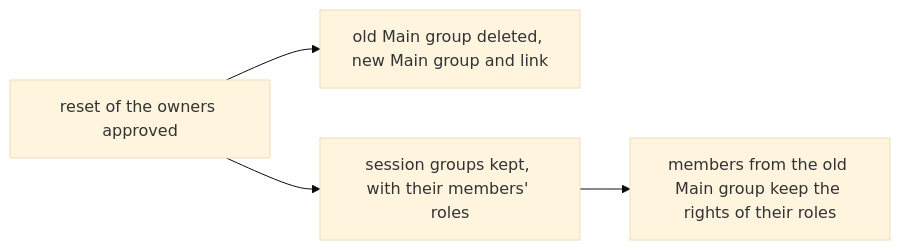
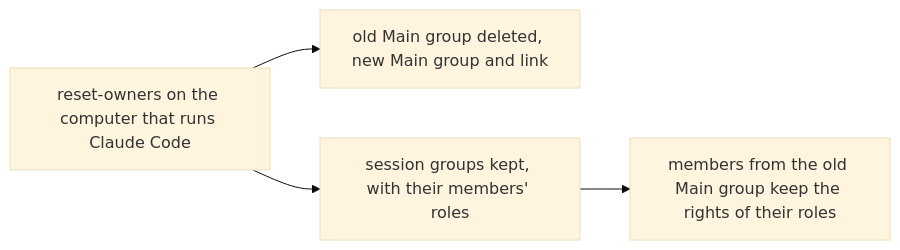
Before and after one commit to simplex-chat/simplex-chat: the eighth of 26 diagrams in plans/2026-11-07-mcp-claude-code-channel.md, drawn with Mermaid (base theme). The commit also changed other lines of this file, not shown here.

Commit message:
plan: decision 113 b, the user's answer: reset-owners needs no approval

````diff
--- a/plans/2026-11-07-mcp-claude-code-channel.md
+++ b/plans/2026-11-07-mcp-claude-code-channel.md
@@ -554,6 +556,6 @@
 ```mermaid
 flowchart LR
-  R[reset of the owners approved] --> M[old Main group deleted, new Main group and link]
+  R[reset-owners on the computer that runs Claude Code] --> M[old Main group deleted, new Main group and link]
   R --> K[session groups kept, with their members' roles]
   K --> P[members from the old Main group keep the rights of their roles]
 ```
````
